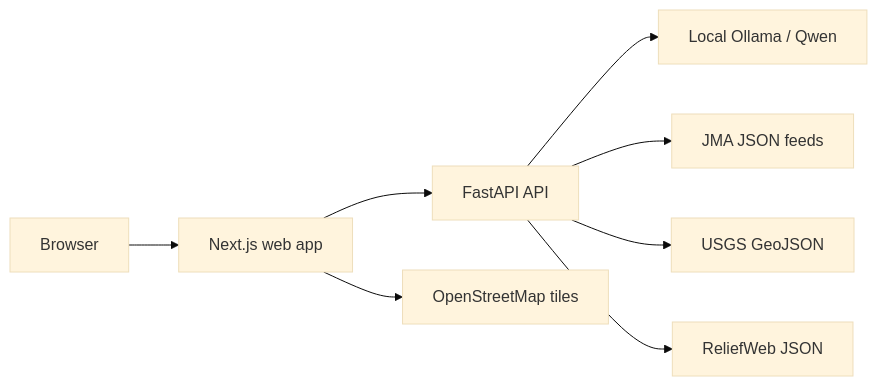
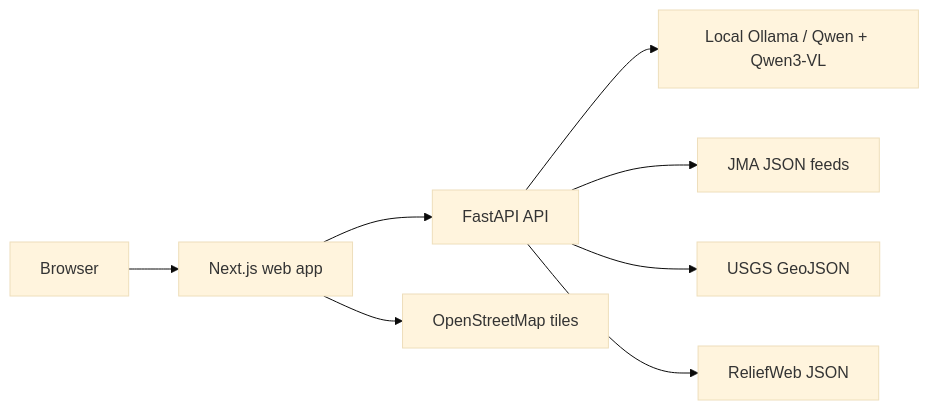
Before and after one commit to FearOfTheSea/DisasterMonitor: the first of 3 diagrams in docs/architecture.md, drawn with Mermaid (base theme). The commit also changed other lines of this file and 68 other files, not shown here.

````diff
--- a/docs/architecture.md
+++ b/docs/architecture.md
@@ -10,10 +10,10 @@
 ```mermaid
 flowchart LR
     browser["Browser"] --> web["Next.js web app"]
     web --> api["FastAPI API"]
-    api --> ollama["Local Ollama / Qwen"]
+    api --> ollama["Local Ollama / Qwen + Qwen3-VL"]
     api --> jma["JMA JSON feeds"]
     api --> usgs["USGS GeoJSON"]
     api --> reliefweb["ReliefWeb JSON"]
     web --> osm["OpenStreetMap tiles"]
 ```
````
